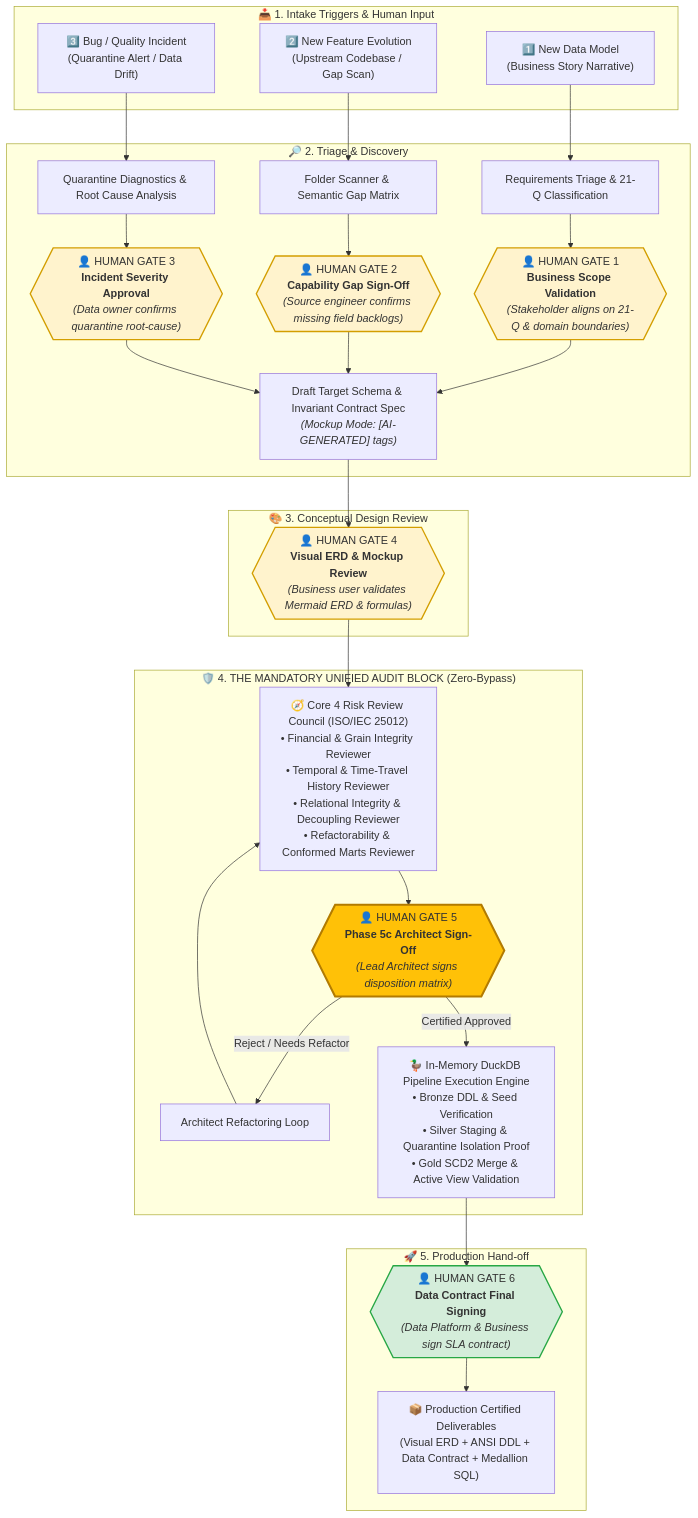
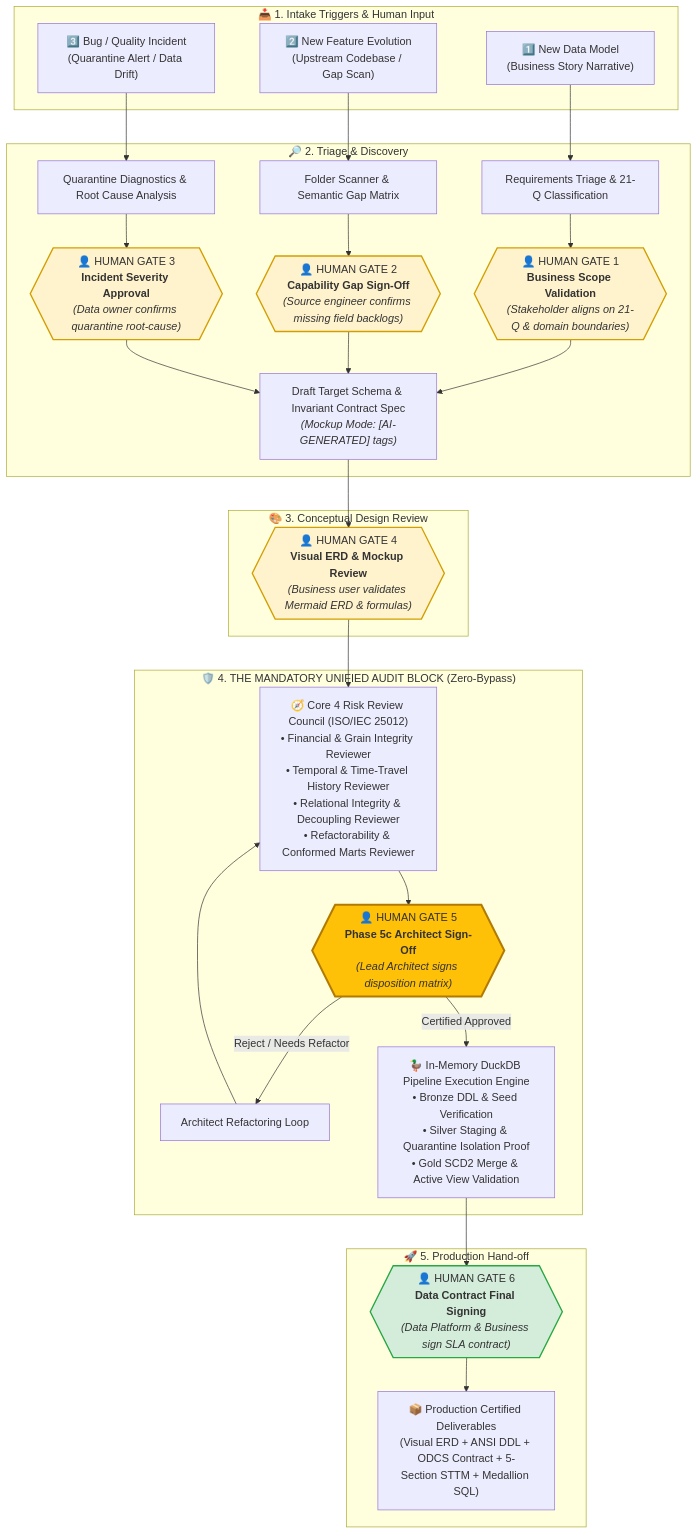
Before and after one commit to rachardv/data-model-architect: the third of 3 diagrams in docs/ARCHITECTURE_AND_RUBRICS.md, drawn with Mermaid. The commit also changed other lines of this file and 1 other file, not shown here.

Commit message:
docs(workflow): update master multi-agent architecture, intake squad, and STTM docs

````diff
--- a/docs/ARCHITECTURE_AND_RUBRICS.md
+++ b/docs/ARCHITECTURE_AND_RUBRICS.md
@@ -50,48 +94,48 @@
 ```mermaid
 flowchart TD
     subgraph INTAKE["📥 1. Intake Triggers & Human Input"]
         W1["1️⃣ New Data Model<br/>(Business Story Narrative)"]
         W2["2️⃣ New Feature Evolution<br/>(Upstream Codebase / Gap Scan)"]
         W3["3️⃣ Bug / Quality Incident<br/>(Quarantine Alert / Data Drift)"]
     end
 
     subgraph TRIAGE_DISCOVERY["🔎 2. Triage & Discovery"]
         W1 --> T1["Requirements Triage & 21-Q Classification"]
         W2 --> T2["Folder Scanner & Semantic Gap Matrix"]
         W3 --> T3["Quarantine Diagnostics & Root Cause Analysis"]
         
         T1 --> H1{{"👤 HUMAN GATE 1<br/><b>Business Scope Validation</b><br/><i>(Stakeholder aligns on 21-Q & domain boundaries)</i>"}}
         T2 --> H2{{"👤 HUMAN GATE 2<br/><b>Capability Gap Sign-Off</b><br/><i>(Source engineer confirms missing field backlogs)</i>"}}
         T3 --> H3{{"👤 HUMAN GATE 3<br/><b>Incident Severity Approval</b><br/><i>(Data owner confirms quarantine root-cause)</i>"}}
         
         H1 --> S1["Draft Target Schema & Invariant Contract Spec<br/><i>(Mockup Mode: [AI-GENERATED] tags)</i>"]
         H2 --> S1
         H3 --> S1
     end
 
     subgraph CONCEPT_REVIEW["🎨 3. Conceptual Design Review"]
         S1 --> H4{{"👤 HUMAN GATE 4<br/><b>Visual ERD & Mockup Review</b><br/><i>(Business user validates Mermaid ERD & formulas)</i>"}}
     end
 
     subgraph UNIFIED_AUDIT["🛡️ 4. THE MANDATORY UNIFIED AUDIT BLOCK (Zero-Bypass)"]
         H4 --> AC["🧭 Core 4 Risk Review Council (ISO/IEC 25012)<br/>• Financial & Grain Integrity Reviewer<br/>• Temporal & Time-Travel History Reviewer<br/>• Relational Integrity & Decoupling Reviewer<br/>• Refactorability & Conformed Marts Reviewer"]
         
         AC --> H5{{"👤 HUMAN GATE 5<br/><b>Phase 5c Architect Sign-Off</b><br/><i>(Lead Architect signs disposition matrix)</i>"}}
         H5 -- Reject / Needs Refactor --> REF["Architect Refactoring Loop"]
         REF --> AC
         
         H5 -- Certified Approved --> DUCK["🦆 In-Memory DuckDB Pipeline Execution Engine<br/>• Bronze DDL & Seed Verification<br/>• Silver Staging & Quarantine Isolation Proof<br/>• Gold SCD2 Merge & Active View Validation"]
     end
 
     subgraph PRODUCTION["🚀 5. Production Hand-off"]
         DUCK --> H6{{"👤 HUMAN GATE 6<br/><b>Data Contract Final Signing</b><br/><i>(Data Platform & Business sign SLA contract)</i>"}}
-        H6 --> OUT["📦 Production Certified Deliverables<br/>(Visual ERD + ANSI DDL + Data Contract + Medallion SQL)"]
+        H6 --> OUT["📦 Production Certified Deliverables<br/>(Visual ERD + ANSI DDL + ODCS Contract + 5-Section STTM + Medallion SQL)"]
     end
 
     style H1 fill:#fff3cd,stroke:#d39e00,stroke-width:2px
     style H2 fill:#fff3cd,stroke:#d39e00,stroke-width:2px
     style H3 fill:#fff3cd,stroke:#d39e00,stroke-width:2px
     style H4 fill:#fff3cd,stroke:#d39e00,stroke-width:2px
     style H5 fill:#ffc107,stroke:#b27b00,stroke-width:3px
     style H6 fill:#d4edda,stroke:#28a745,stroke-width:2px
 ```
````
